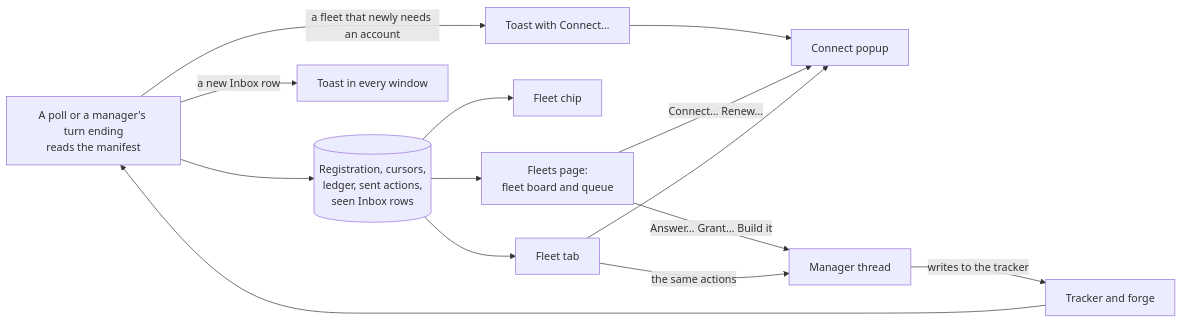
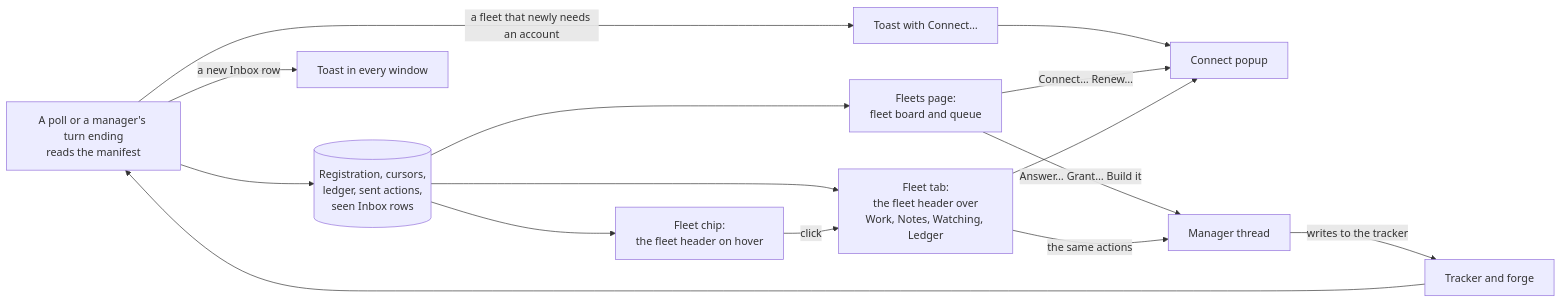
Before and after one commit to gperezmz/bb-plugins: the diagram in docs/reference/unattendish-dashboard.md, drawn with Mermaid. The commit also changed other lines of this file and 5 other files, not shown here.

First line of the commit message:
docs(unattendish-sdlc): describe the redrawn Fleet tab and Fleet chip

````diff
--- a/docs/reference/unattendish-dashboard.md
+++ b/docs/reference/unattendish-dashboard.md
@@ -3,16 +3,17 @@
 ```mermaid
 flowchart LR
   poll["A poll or a manager's turn ending<br/>reads the manifest"] --> state[("Registration, cursors,<br/>ledger, sent actions,<br/>seen Inbox rows")]
   state --> page["Fleets page:<br/>fleet board and queue"]
-  state --> chip["Fleet chip"]
-  state --> tab["Fleet tab"]
+  state --> chip["Fleet chip:<br/>the fleet header on hover"]
+  state --> tab["Fleet tab:<br/>the fleet header over<br/>Work, Notes, Watching, Ledger"]
+  chip -->|click| tab
   poll -->|a new Inbox row| toast["Toast in every window"]
   poll -->|a fleet that newly needs an account| needs["Toast with Connect…"]
   needs --> connect["Connect popup"]
   page -->|Connect… Renew…| connect
   tab --> connect
   page -->|Answer… Grant… Build it| manager["Manager thread"]
   tab -->|the same actions| manager
   manager -->|writes to the tracker| service["Tracker and forge"]
   service --> poll
 ```
````
